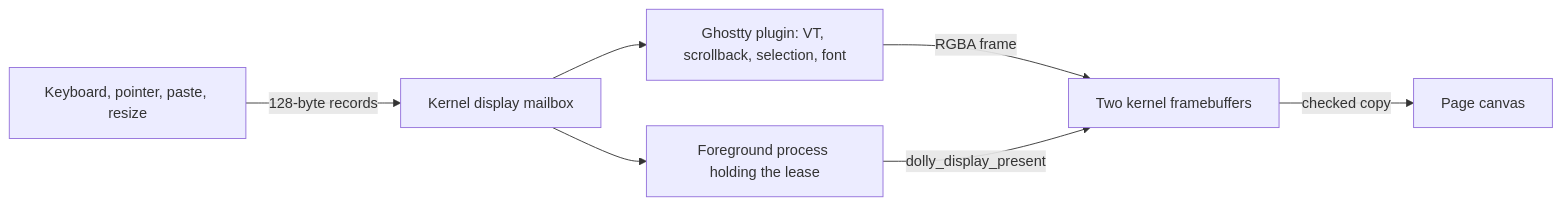
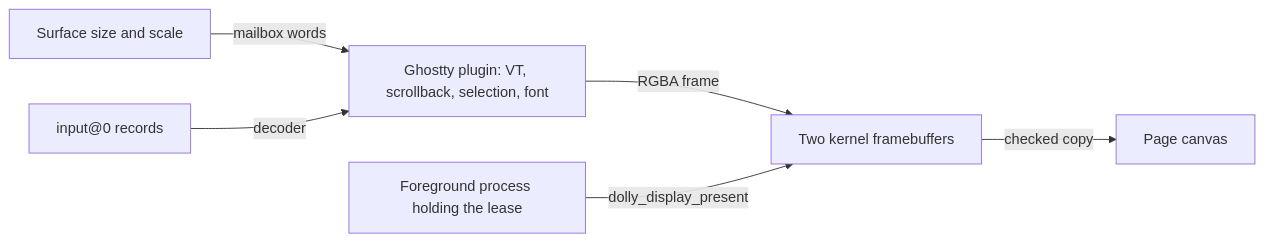
Before and after one commit to daugasauron/dolly: the diagram in docs/display.md, drawn with Mermaid. The commit also changed other lines of this file and 7 other files, not shown here.

Commit message:
Document input@0 and what display@0 keeps

````diff
--- a/docs/display.md
+++ b/docs/display.md
@@ -10,9 +12,8 @@
 ```mermaid
 flowchart LR
-  input["Keyboard, pointer, paste, resize"] -- "128-byte records" --> mailbox["Kernel display mailbox"]
-  mailbox --> ghostty["Ghostty plugin: VT, scrollback, selection, font"]
-  mailbox --> app["Foreground process holding the lease"]
+  surface["Surface size and scale"] -- "mailbox words" --> ghostty["Ghostty plugin: VT, scrollback, selection, font"]
+  input["input@0 records"] -- "decoder" --> ghostty
   ghostty -- "RGBA frame" --> fb["Two kernel framebuffers"]
-  app -- "dolly_display_present" --> fb
+  app["Foreground process holding the lease"] -- "dolly_display_present" --> fb
   fb -- "checked copy" --> canvas["Page canvas"]
 ```
````
